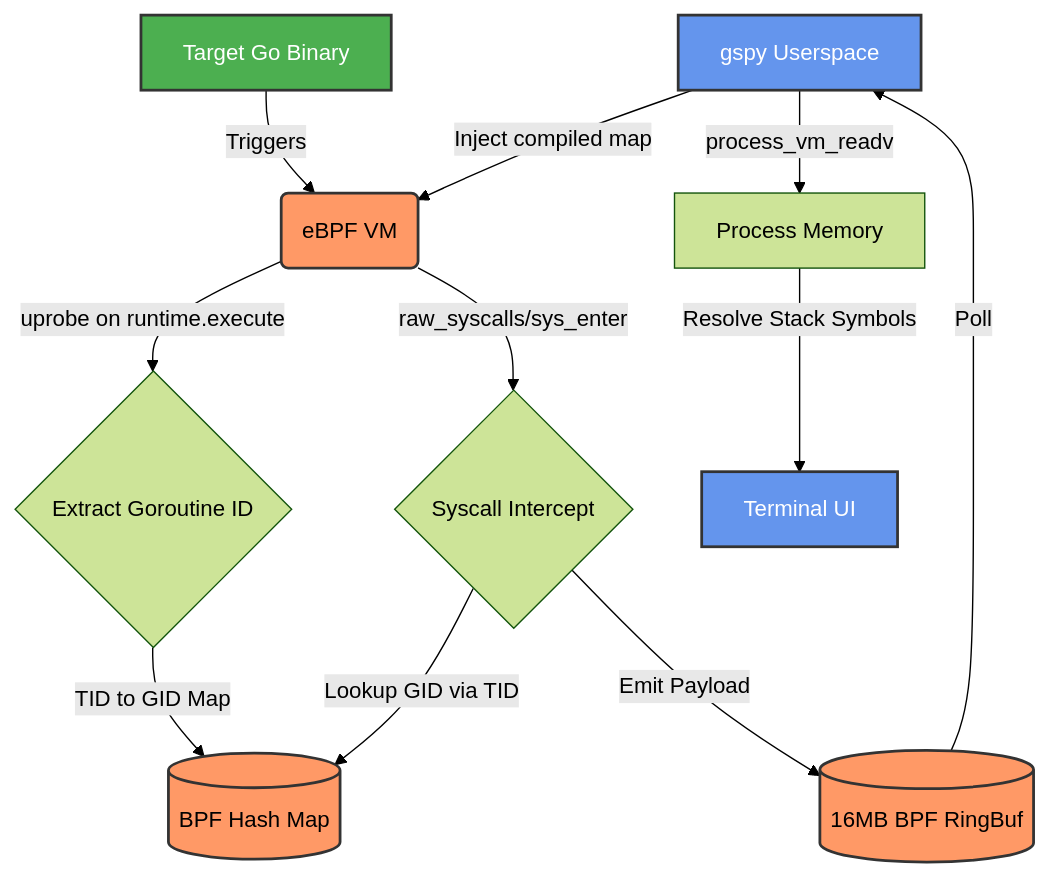
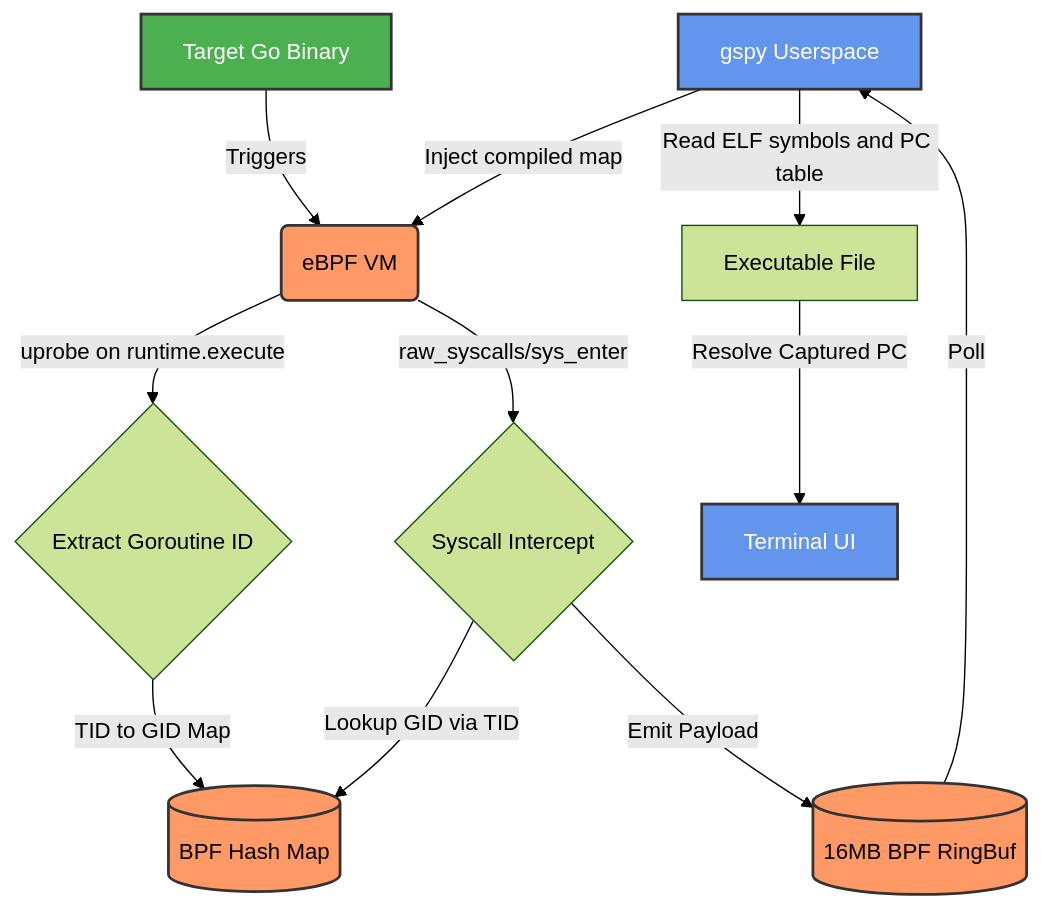
Before and after one commit to Mutasem-mk4/gspy: the diagram in README.md, drawn with Mermaid (forest theme). The commit also changed other lines of this file and 2 other files, not shown here.

Commit message:
Clarify tracing refusal and executable-hash readonly limits

````diff
--- a/README.md
+++ b/README.md
@@ -47,20 +47,20 @@
 ```mermaid
 graph TD
     classDef bpf fill:#f96,stroke:#333,stroke-width:2px;
     classDef user fill:#6495ED,stroke:#333,stroke-width:2px,color:#fff;
     classDef target fill:#4CAF50,stroke:#333,stroke-width:2px,color:#fff;
     
     A[gspy Userspace]:::user -->|Inject compiled map| BPF(eBPF VM):::bpf
     Target[Target Go Binary]:::target -->|Triggers| BPF
     
     BPF -->|uprobe on runtime.execute| C{Extract Goroutine ID}
     C -->|TID to GID Map| BPF_Map[(BPF Hash Map)]:::bpf
     
     BPF -->|raw_syscalls/sys_enter| D{Syscall Intercept}
     D -->|Lookup GID via TID| BPF_Map
     D -->|Emit Payload| RingBuf[(16MB BPF RingBuf)]:::bpf
     
     RingBuf -->|Poll| A
-    A -->|process_vm_readv| Mem[Process Memory]
-    Mem -->|Resolve Stack Symbols| TUI[Terminal UI]:::user
+    A -->|Read ELF symbols and PC table| Symbols[Executable File]
+    Symbols -->|Resolve Captured PC| TUI[Terminal UI]:::user
 ```
````
